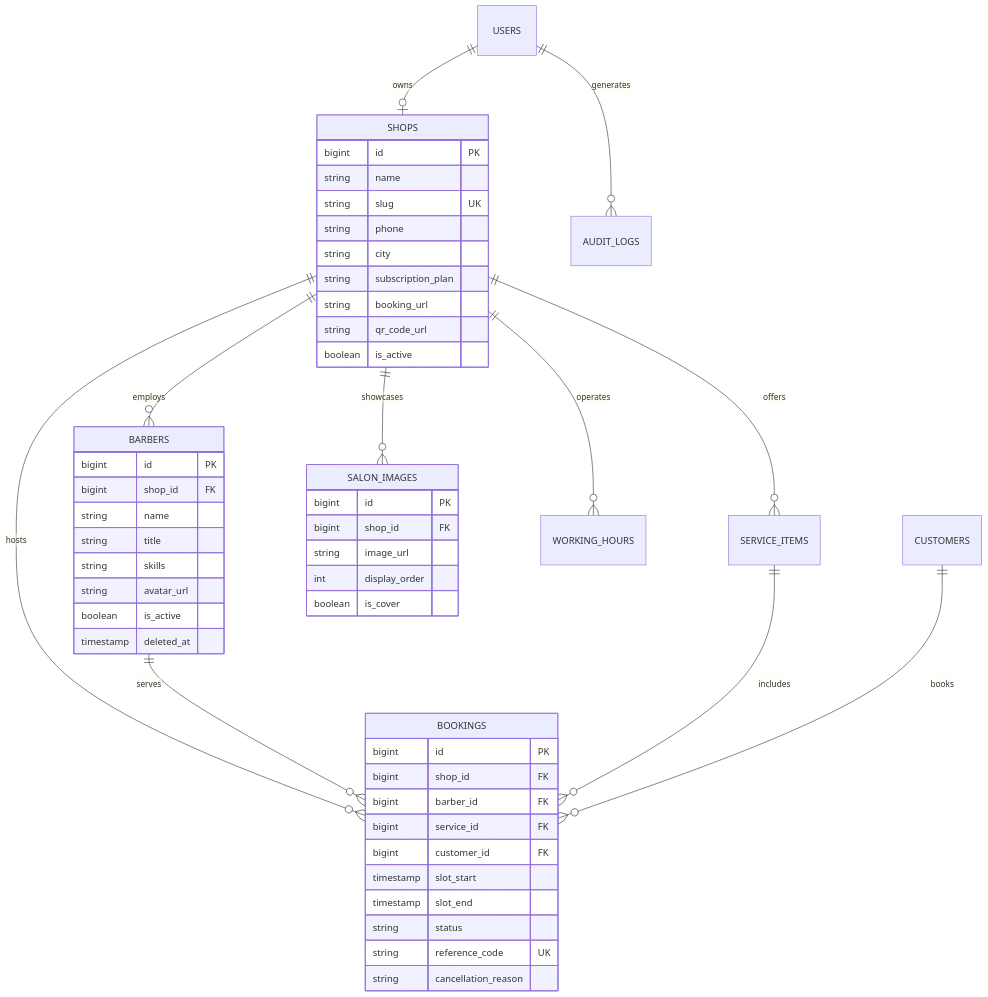
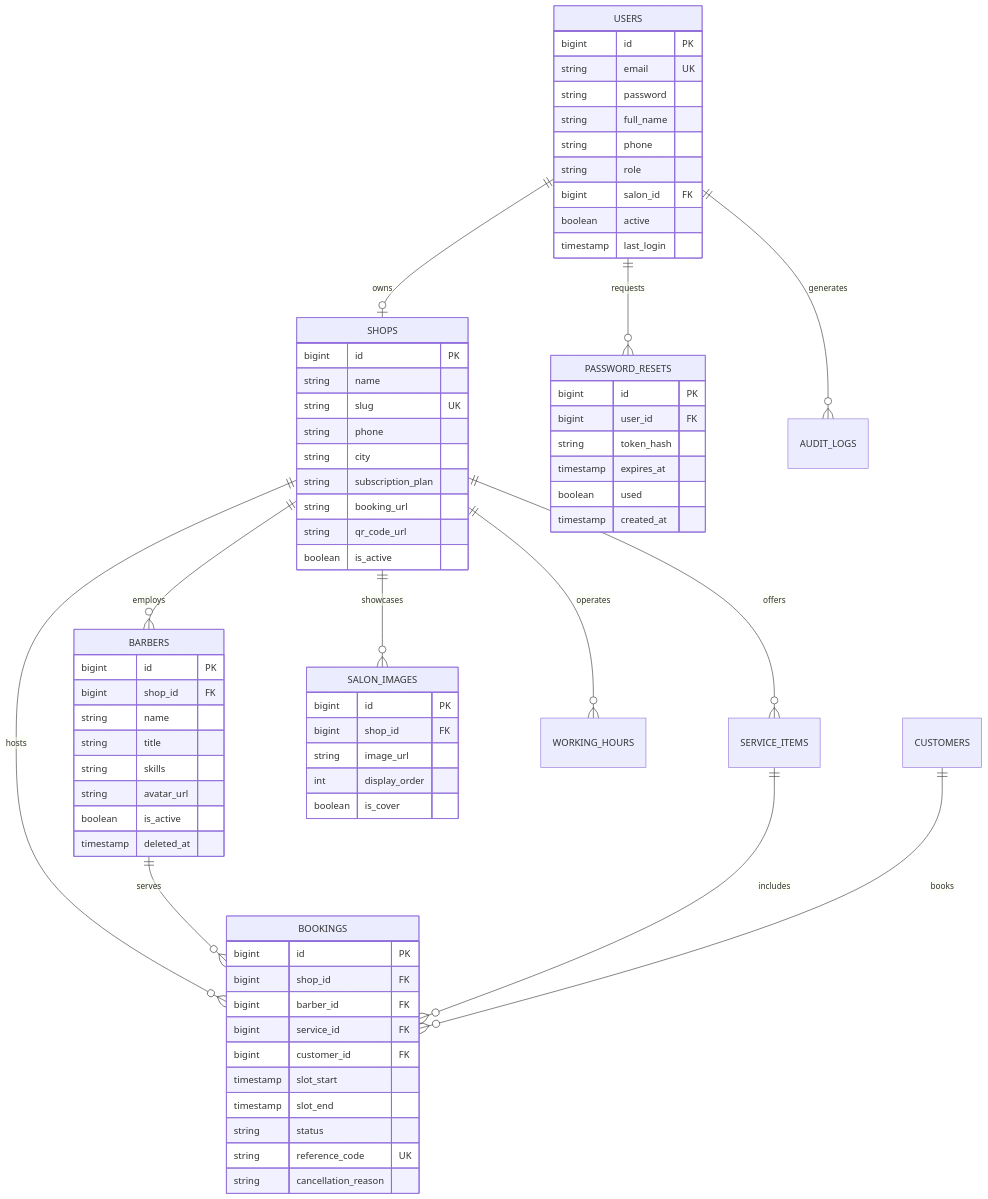
The third of 3 diagrams in docs/ARCHITECTURE.md (naveedmcs/barber-booking-system), drawn with Mermaid before and after one commit. The commit also changed other lines of this file and 41 other files, not shown here.

````diff
--- a/docs/ARCHITECTURE.md
+++ b/docs/ARCHITECTURE.md
@@ -280,57 +356,79 @@
 ```mermaid
 erDiagram
     SHOPS ||--o{ BARBERS : employs
     SHOPS ||--o{ SERVICE_ITEMS : offers
     SHOPS ||--o{ BOOKINGS : hosts
     SHOPS ||--o{ SALON_IMAGES : showcases
     SHOPS ||--o{ WORKING_HOURS : operates
     USERS ||--o| SHOPS : owns
+    USERS ||--o{ PASSWORD_RESETS : requests
     BARBERS ||--o{ BOOKINGS : serves
     SERVICE_ITEMS ||--o{ BOOKINGS : includes
     CUSTOMERS ||--o{ BOOKINGS : books
     USERS ||--o{ AUDIT_LOGS : generates
+
+    USERS {
+        bigint id PK
+        string email UK
+        string password
+        string full_name
+        string phone
+        string role
+        bigint salon_id FK
+        boolean active
+        timestamp last_login
+    }
+
+    PASSWORD_RESETS {
+        bigint id PK
+        bigint user_id FK
+        string token_hash
+        timestamp expires_at
+        boolean used
+        timestamp created_at
+    }
 
     SHOPS {
         bigint id PK
         string name
         string slug UK
         string phone
         string city
         string subscription_plan
         string booking_url
         string qr_code_url
         boolean is_active
     }
 
     BARBERS {
         bigint id PK
         bigint shop_id FK
         string name
         string title
         string skills
         string avatar_url
         boolean is_active
         timestamp deleted_at
     }
 
     BOOKINGS {
         bigint id PK
         bigint shop_id FK
         bigint barber_id FK
         bigint service_id FK
         bigint customer_id FK
         timestamp slot_start
         timestamp slot_end
         string status
         string reference_code UK
         string cancellation_reason
     }
 
     SALON_IMAGES {
         bigint id PK
         bigint shop_id FK
         string image_url
         int display_order
         boolean is_cover
     }
 ```
````
